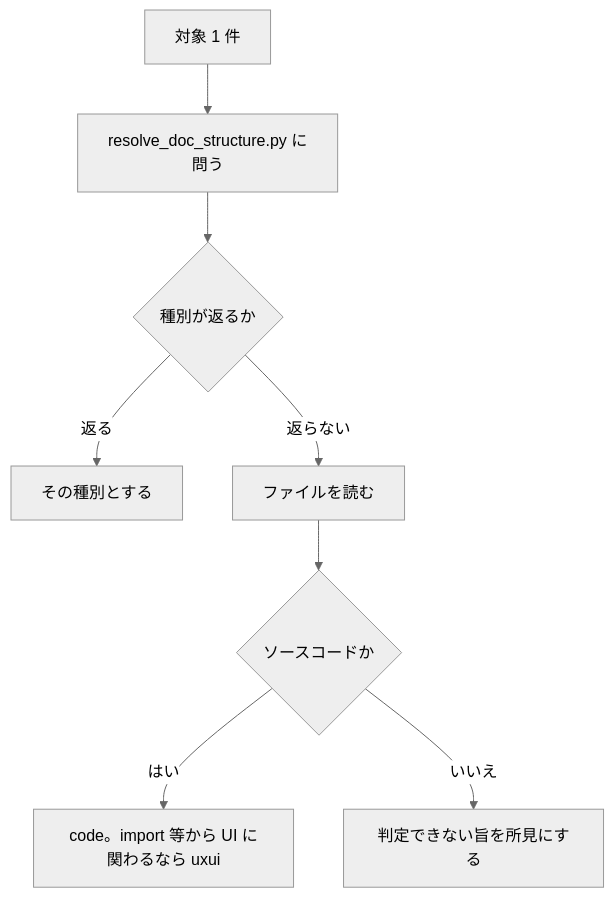
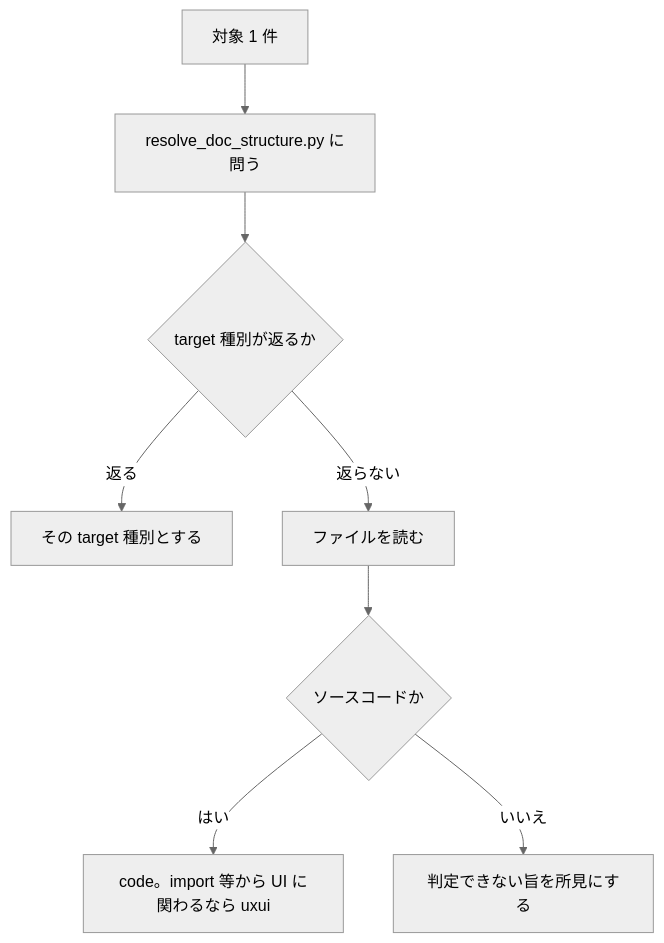
Before and after one commit to BlueEventHorizon/bw-cc-plugins: the second of 2 diagrams in docs/specs/reviewer/design/DES-084_reviewer_design.md, drawn with Mermaid (neutral theme). The commit also changed other lines of this file and 3 other files, not shown here.

````diff
--- a/docs/specs/reviewer/design/DES-084_reviewer_design.md
+++ b/docs/specs/reviewer/design/DES-084_reviewer_design.md
@@ -295,10 +294,10 @@
 ```mermaid
 flowchart TB
     A["対象 1 件"] --> B["resolve_doc_structure.py に問う"]
-    B --> C{"種別が返るか"}
-    C -->|"返る"| D["その種別とする"]
+    B --> C{"target 種別が返るか"}
+    C -->|"返る"| D["その target 種別とする"]
     C -->|"返らない"| E["ファイルを読む"]
     E --> F{"ソースコードか"}
     F -->|"はい"| G["code。import 等から UI に関わるなら uxui"]
     F -->|"いいえ"| H["判定できない旨を所見にする"]
 ```
````
